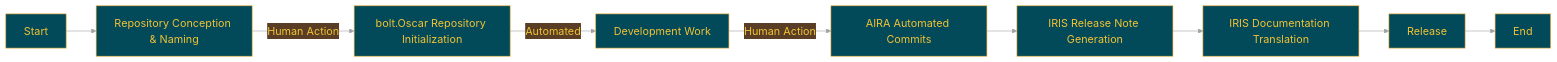
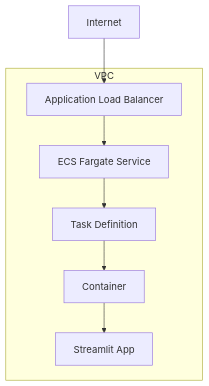
One commit to Sunwood-ai-labs/bolt.Oscar-aws changed the diagram in docs/README.en.md. Above: the diagram before and after it, drawn with Mermaid. The commit also changed other lines of this file, not shown here.

````diff
--- a/docs/README.en.md
+++ b/docs/README.en.md
@@ -199,20 +161,16 @@
 ```mermaid
-%%{init:{'theme':'base','themeVariables':{'primaryColor':'#024959','primaryTextColor':'#F2C335','primaryBorderColor':'#F2AE30','lineColor':'#A1A2A6','secondaryColor':'#593E25','tertiaryColor':'#F2C335','noteTextColor':'#024959','noteBkgColor':'#F2C335','textColor':'#024959','fontSize':'18px'}}}%%
-
-graph LR
-    A[Start] --> B[Repository Conception & Naming]
-    B -->|Human Action| C[bolt.Oscar Repository Initialization]
-    C -->|Automated| D[Development Work]
-    D -->|Human Action| E[AIRA Automated Commits]
-    E --> H[IRIS Release Note Generation]
-    H --> I[IRIS Documentation Translation]
-    I --> J[Release]
-    J --> K[End]
-
-    class B,D,G human;
-    class E aira;
-    class F,H,I iris;
-    class C auto;
-    class A,J,K process;
-
+graph TB
+    A[Internet] --> B[Application Load Balancer]
+    B --> C[ECS Fargate Service]
+    C --> D[Task Definition]
+    D --> E[Container]
+    E --> F[Streamlit App]
+    
+    subgraph VPC
+    B
+    C
+    D
+    E
+    F
+    end
 ```
````
